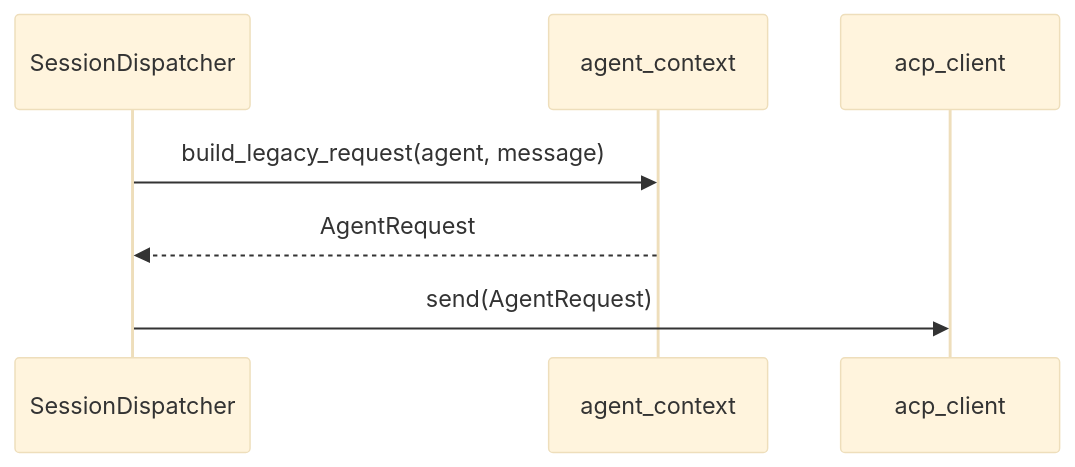
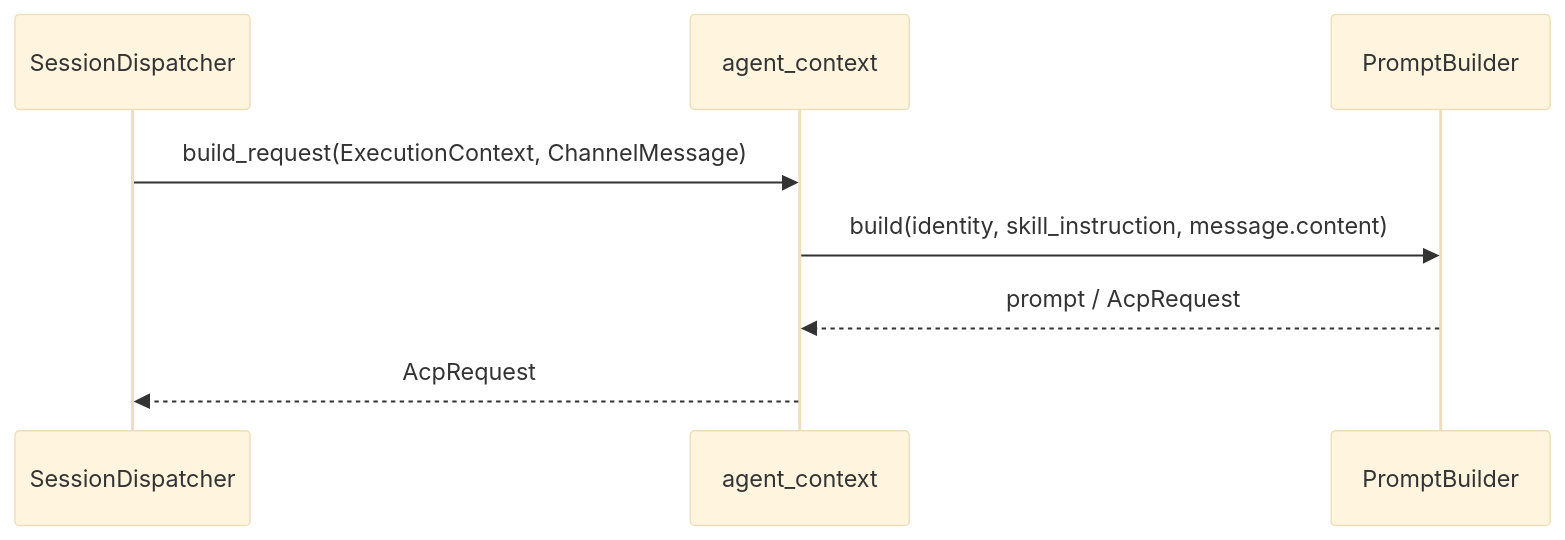
Before and after one commit to zhuxining/MindClaw: the second of 2 diagrams in docs/architecture/35-agent-context.md, drawn with Mermaid (base theme). The commit also changed other lines of this file and 63 other files, not shown here.

First line of the commit message:
feat: add acp-native agent control plane

````diff
--- a/docs/architecture/35-agent-context.md
+++ b/docs/architecture/35-agent-context.md
@@ -72,10 +79,11 @@
 ```mermaid
 sequenceDiagram
     participant SD as SessionDispatcher
     participant ACX as agent_context
-    participant ACP as acp_client
+    participant PB as PromptBuilder
 
-    SD->>ACX: build_legacy_request(agent, message)
-    ACX-->>SD: AgentRequest
-    SD->>ACP: send(AgentRequest)
+    SD->>ACX: build_request(ExecutionContext, ChannelMessage)
+    ACX->>PB: build(identity, skill_instruction, message.content)
+    PB-->>ACX: prompt / AcpRequest
+    ACX-->>SD: AcpRequest
 ```
````
